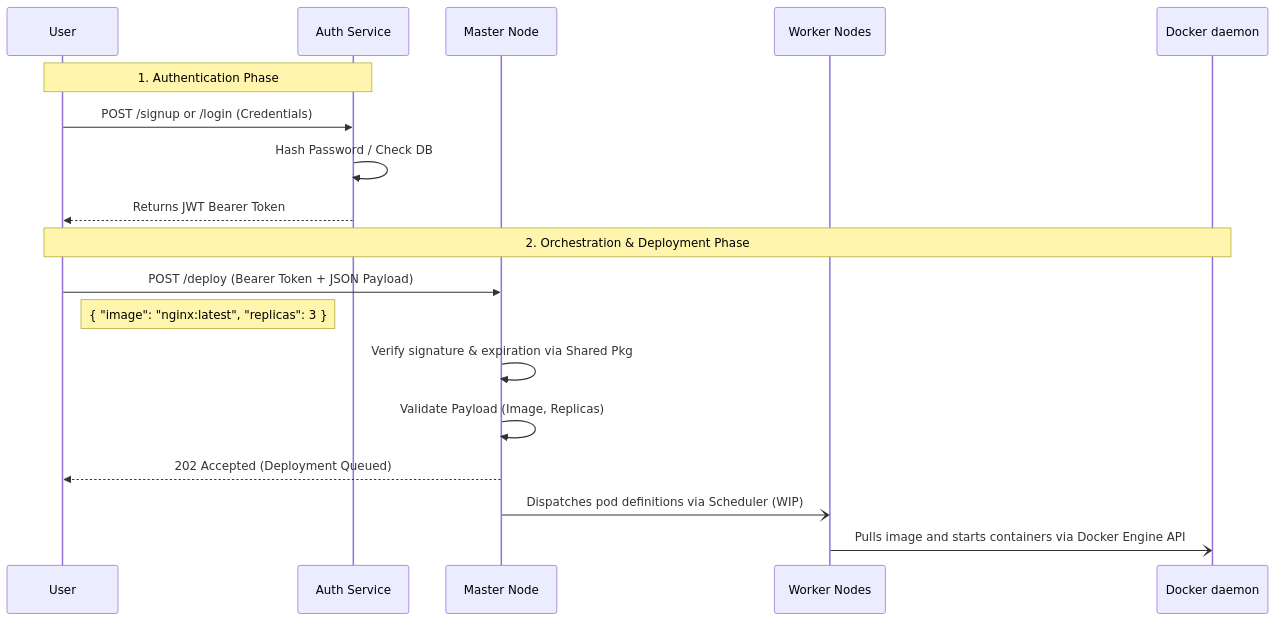
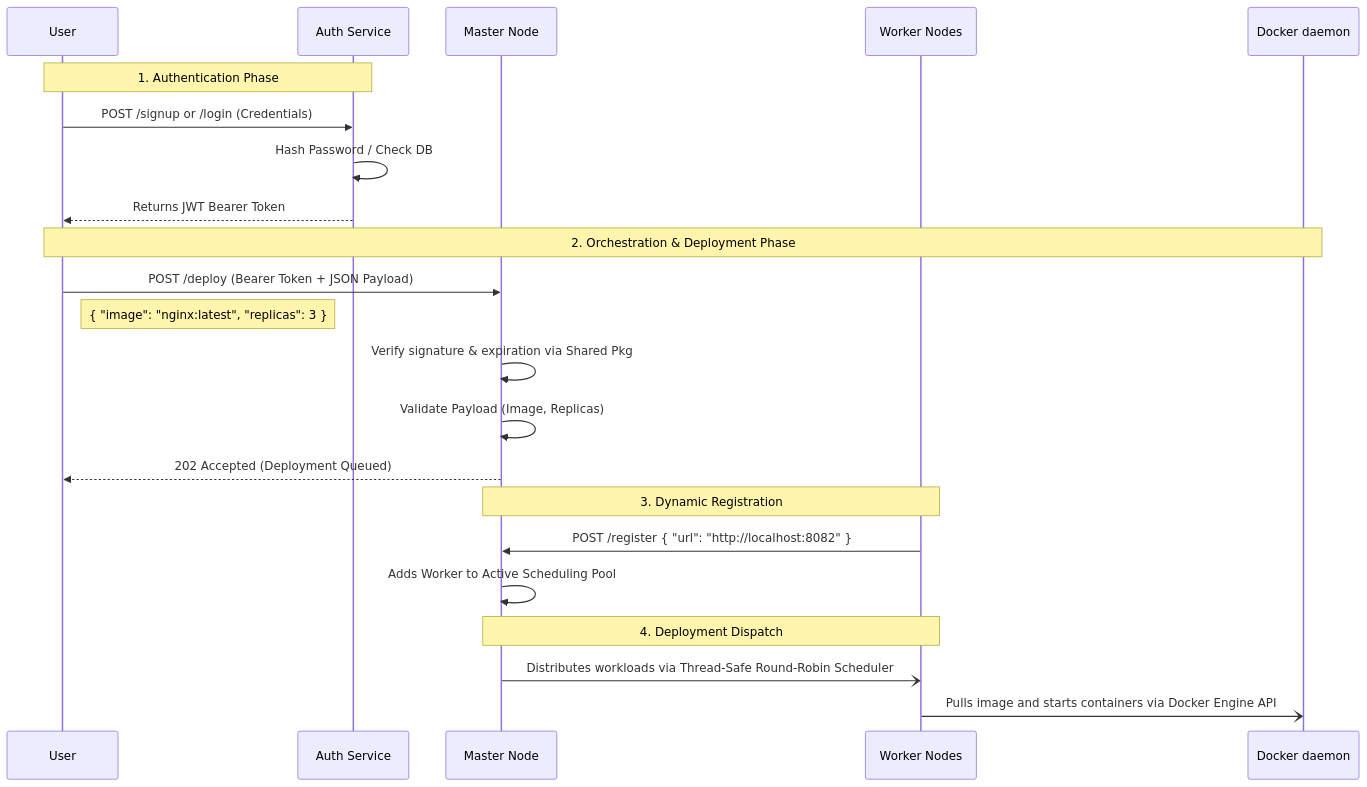
One commit to Surajit09636/mini-kn8s changed the diagram in README.md. Above: the diagram before and after it, drawn with Mermaid. The commit also changed other lines of this file, not shown here.

Commit message:
update the README file

````diff
--- a/README.md
+++ b/README.md
@@ -9,24 +9,28 @@
 ```mermaid
 sequenceDiagram
     participant User
     participant Auth as Auth Service
     participant Master as Master Node
     participant Worker as Worker Nodes
     participant Docker as Docker daemon
 
     Note over User,Auth: 1. Authentication Phase
     User->>Auth: POST /signup or /login (Credentials)
     Auth->>Auth: Hash Password / Check DB
     Auth-->>User: Returns JWT Bearer Token
 
     Note over User,Docker: 2. Orchestration & Deployment Phase
     User->>Master: POST /deploy (Bearer Token + JSON Payload)
     note right of User: { "image": "nginx:latest", "replicas": 3 }
 
     Master->>Master: Verify signature & expiration via Shared Pkg
     Master->>Master: Validate Payload (Image, Replicas)
     Master-->>User: 202 Accepted (Deployment Queued)
+    Note over Master,Worker: 3. Dynamic Registration
+    Worker->>Master: POST /register { "url": "http://localhost:8082" }
+    Master->>Master: Adds Worker to Active Scheduling Pool
 
-    Master-)Worker: Dispatches pod definitions via Scheduler (WIP)
+    Note over Master,Worker: 4. Deployment Dispatch
+    Master-)Worker: Distributes workloads via Thread-Safe Round-Robin Scheduler
     Worker-)Docker: Pulls image and starts containers via Docker Engine API
 ```
````
